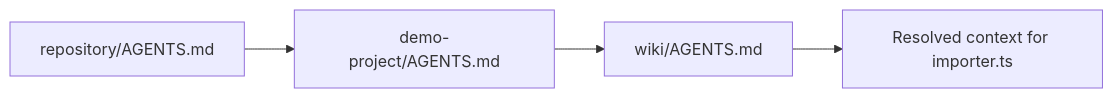
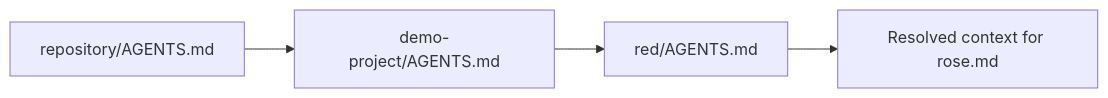
Before and after one commit to EthanThatOneKid/zocomputer-agents.md: the third of 4 diagrams in README.md, drawn with Mermaid. The commit also changed other lines of this file, not shown here.

First line of the commit message:
docs: update example to red/rose.md, remove redundant layout

````diff
--- a/README.md
+++ b/README.md
@@ -70,6 +70,6 @@
 ```mermaid
 flowchart LR
     R[repository/AGENTS.md] --> P[demo-project/AGENTS.md]
-    P --> W[wiki/AGENTS.md]
-    W --> O[Resolved context for importer.ts]
+    P --> D[red/AGENTS.md]
+    D --> O[Resolved context for rose.md]
 ```
````
